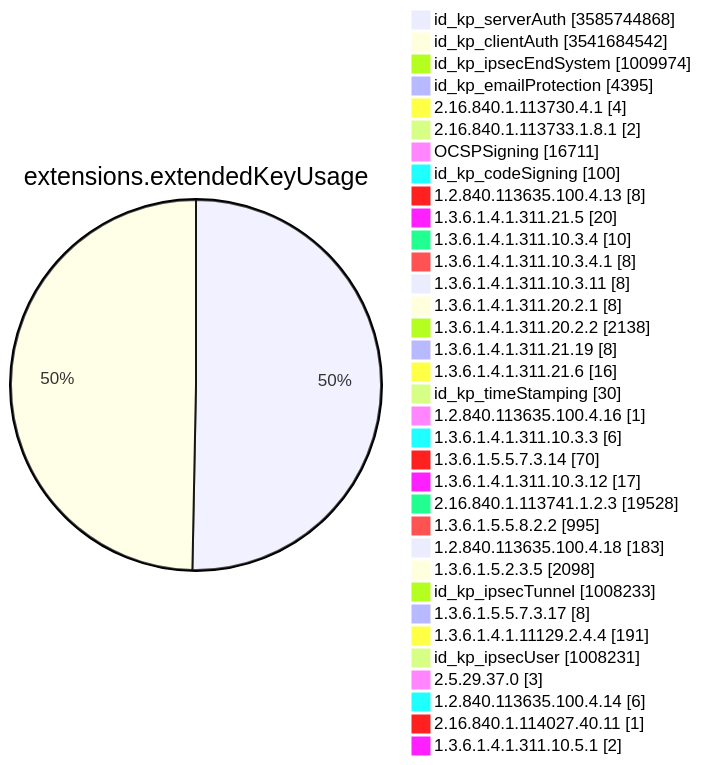
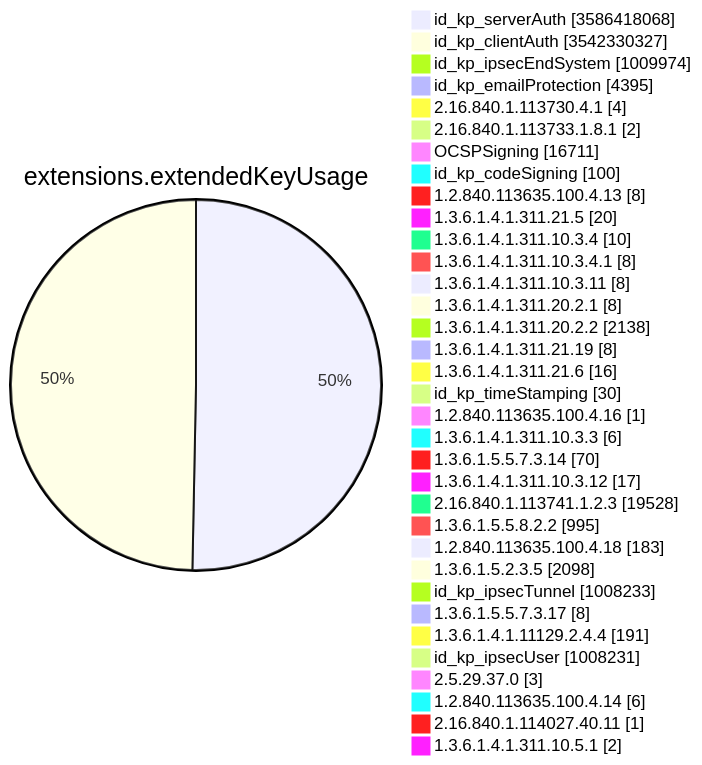
Before and after one commit to christiankrug/ctmonitor_visualization: diagram 11 of 15 in TOTAL/README.md, drawn with Mermaid. The commit also changed other lines of this file, not shown here.

````diff
--- a/TOTAL/README.md
+++ b/TOTAL/README.md
@@ -4128,38 +4128,38 @@
 ```mermaid
 pie showData
 title extensions.extendedKeyUsage
-"id_kp_serverAuth" :3585744868
-"id_kp_clientAuth" :3541684542
+"id_kp_serverAuth" :3586418068
+"id_kp_clientAuth" :3542330327
 "id_kp_ipsecEndSystem" :1009974
 "id_kp_emailProtection" :4395
 "2.16.840.1.113730.4.1" :4
 "2.16.840.1.113733.1.8.1" :2
 "OCSPSigning" :16711
 "id_kp_codeSigning" :100
 "1.2.840.113635.100.4.13" :8
 "1.3.6.1.4.1.311.21.5" :20
 "1.3.6.1.4.1.311.10.3.4" :10
 "1.3.6.1.4.1.311.10.3.4.1" :8
 "1.3.6.1.4.1.311.10.3.11" :8
 "1.3.6.1.4.1.311.20.2.1" :8
 "1.3.6.1.4.1.311.20.2.2" :2138
 "1.3.6.1.4.1.311.21.19" :8
 "1.3.6.1.4.1.311.21.6" :16
 "id_kp_timeStamping" :30
 "1.2.840.113635.100.4.16" :1
 "1.3.6.1.4.1.311.10.3.3" :6
 "1.3.6.1.5.5.7.3.14" :70
 "1.3.6.1.4.1.311.10.3.12" :17
 "2.16.840.1.113741.1.2.3" :19528
 "1.3.6.1.5.5.8.2.2" :995
 "1.2.840.113635.100.4.18" :183
 "1.3.6.1.5.2.3.5" :2098
 "id_kp_ipsecTunnel" :1008233
 "1.3.6.1.5.5.7.3.17" :8
 "1.3.6.1.4.1.11129.2.4.4" :191
 "id_kp_ipsecUser" :1008231
 "2.5.29.37.0" :3
 "1.2.840.113635.100.4.14" :6
 "2.16.840.1.114027.40.11" :1
 "1.3.6.1.4.1.311.10.5.1" :2
 ```
````
